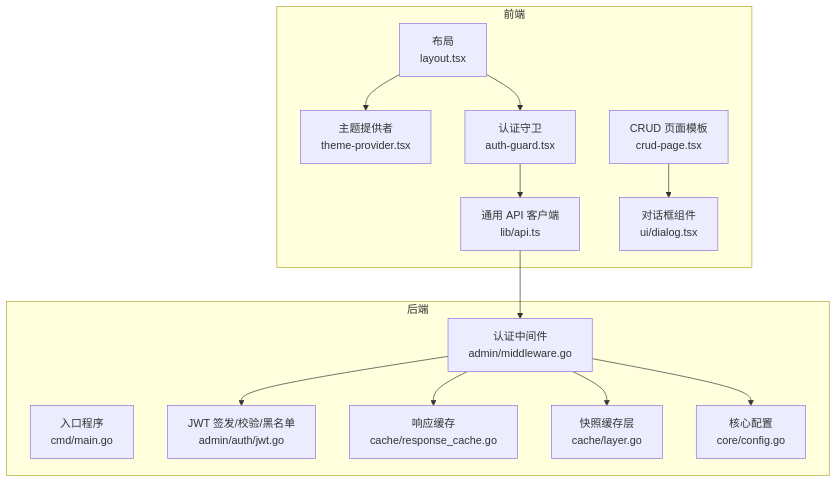
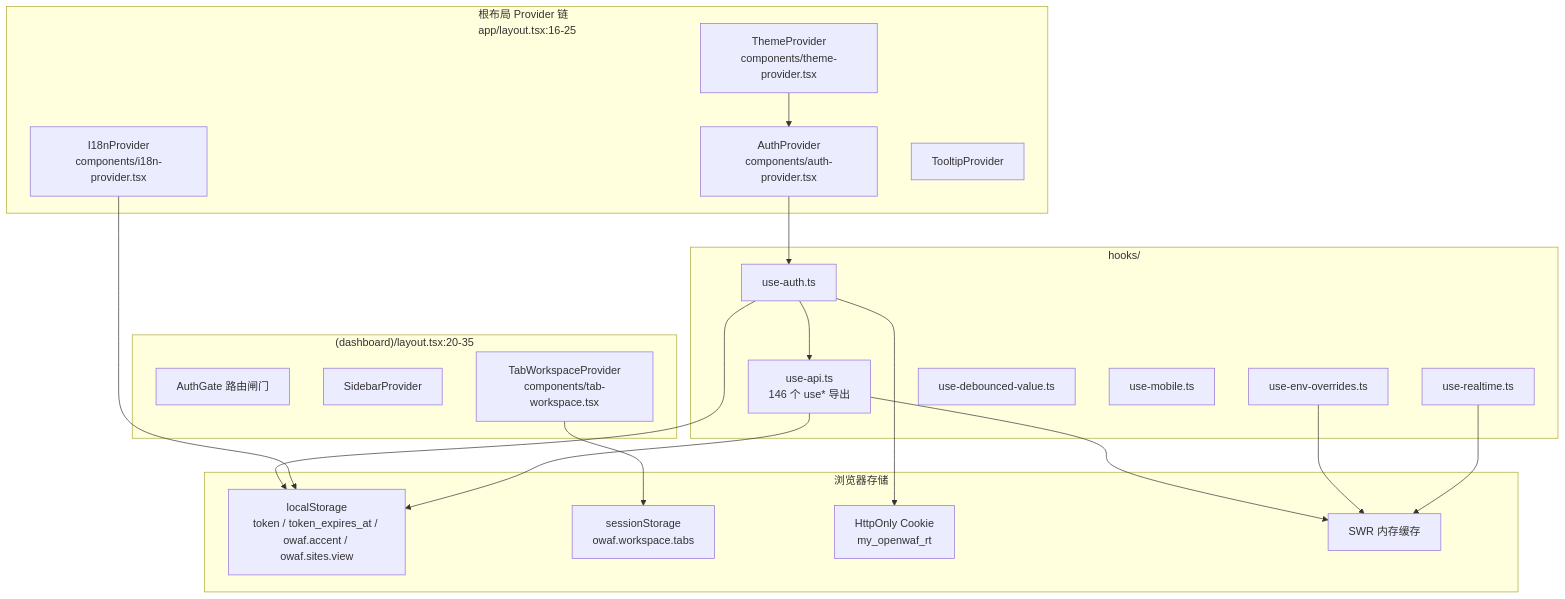
Before and after one commit to x01n/My-OpenWaf: the first of 5 diagrams in docs/前端管理界面/状态管理策略.md, drawn with Mermaid. The commit also changed other lines of this file and 622 other files, not shown here.

````diff
--- a/docs/前端管理界面/状态管理策略.md
+++ b/docs/前端管理界面/状态管理策略.md
@@ -47,28 +87,39 @@
 ```mermaid
 graph TB
-subgraph "前端"
-A["布局<br/>layout.tsx"]
-B["主题提供者<br/>theme-provider.tsx"]
-C["认证守卫<br/>auth-guard.tsx"]
-D["通用 API 客户端<br/>lib/api.ts"]
-E["对话框组件<br/>ui/dialog.tsx"]
-F["CRUD 页面模板<br/>crud-page.tsx"]
+subgraph PROV["根布局 Provider 链<br/>app/layout.tsx:16-25"]
+  TP["ThemeProvider<br/>components/theme-provider.tsx"]
+  I18P["I18nProvider<br/>components/i18n-provider.tsx"]
+  AUP["AuthProvider<br/>components/auth-provider.tsx"]
+  TIP["TooltipProvider"]
 end
-subgraph "后端"
-G["入口程序<br/>cmd/main.go"]
-H["认证中间件<br/>admin/middleware.go"]
-I["JWT 签发/校验/黑名单<br/>admin/auth/jwt.go"]
-J["响应缓存<br/>cache/response_cache.go"]
-K["快照缓存层<br/>cache/layer.go"]
-L["核心配置<br/>core/config.go"]
+subgraph DASH["(dashboard)/layout.tsx:20-35"]
+  AG["AuthGate 路由闸门"]
+  SBP["SidebarProvider"]
+  TWP["TabWorkspaceProvider<br/>components/tab-workspace.tsx"]
 end
-A --> B
-A --> C
-C --> D
-F --> E
-D --> H
-H --> I
-H --> J
-H --> K
-H --> L
+subgraph HOOKS["hooks/"]
+  UA["use-api.ts<br/>146 个 use* 导出"]
+  UAU["use-auth.ts"]
+  UEN["use-env-overrides.ts"]
+  URL["use-realtime.ts"]
+  UDB["use-debounced-value.ts"]
+  UMO["use-mobile.ts"]
+end
+subgraph STORE["浏览器存储"]
+  LS["localStorage<br/>token / token_expires_at / owaf.accent / owaf.sites.view"]
+  SS["sessionStorage<br/>owaf.workspace.tabs"]
+  CK["HttpOnly Cookie<br/>my_openwaf_rt"]
+  SWR["SWR 内存缓存"]
+end
+TP --> AUP
+AUP --> UAU
+UAU --> UA
+UAU --> LS
+UAU --> CK
+TWP --> SS
+UA --> SWR
+UEN --> SWR
+URL --> SWR
+I18P --> LS
+UA --> LS
 ```
````
